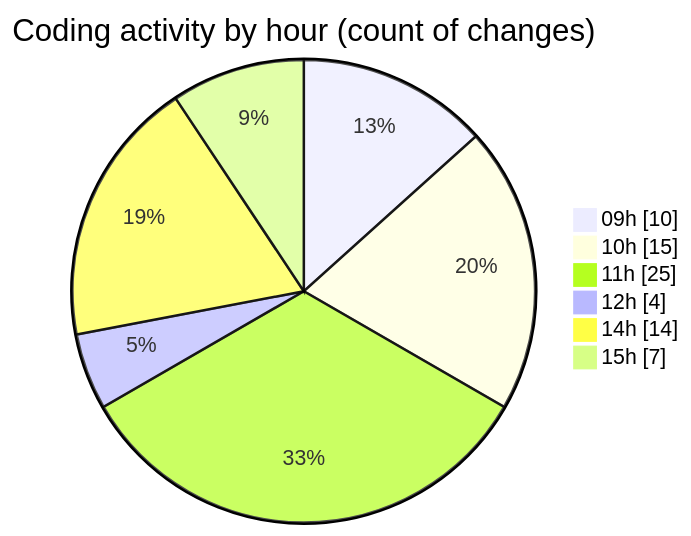
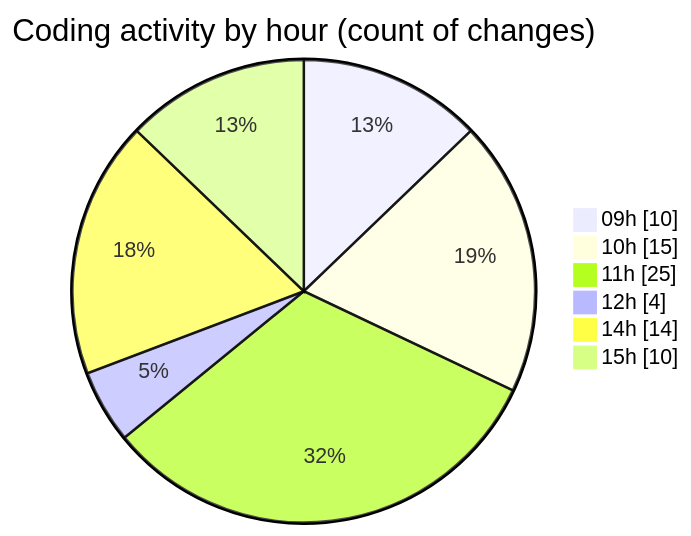
The second of 2 diagrams in 2025-03-21/myws__workspace_/README.md (MatusMokan/code-tracking), drawn with Mermaid before and after one commit. The commit also changed other lines of this file and 1 other file, not shown here.

````diff
--- a/2025-03-21/myws__workspace_/README.md
+++ b/2025-03-21/myws__workspace_/README.md
@@ -35,10 +35,10 @@
 ```mermaid
 pie showData
 title Coding activity by hour (count of changes)
 "09h" : 10
 "10h" : 15
 "11h" : 25
 "12h" : 4
 "14h" : 14
-"15h" : 7
+"15h" : 10
 ```
````
